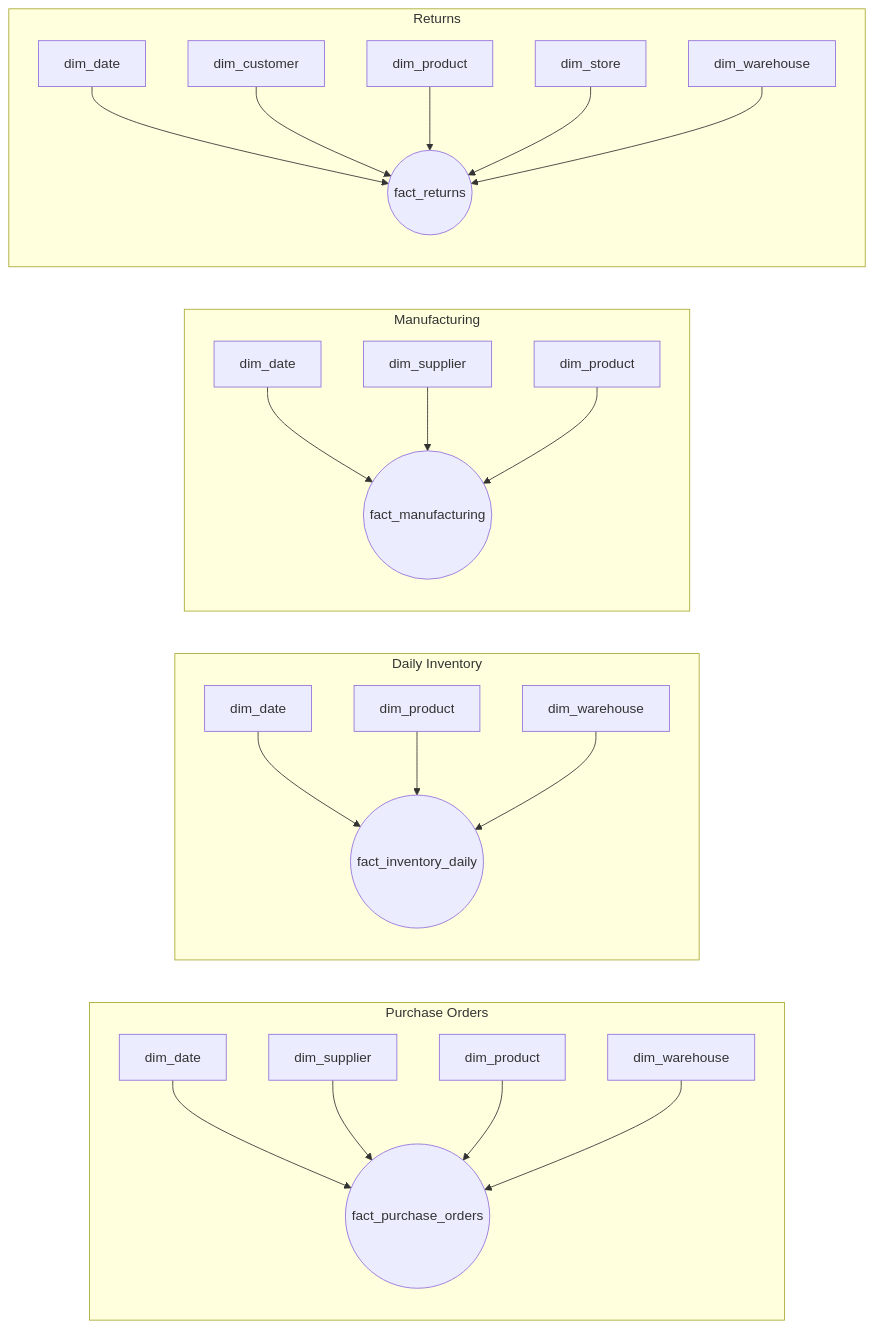
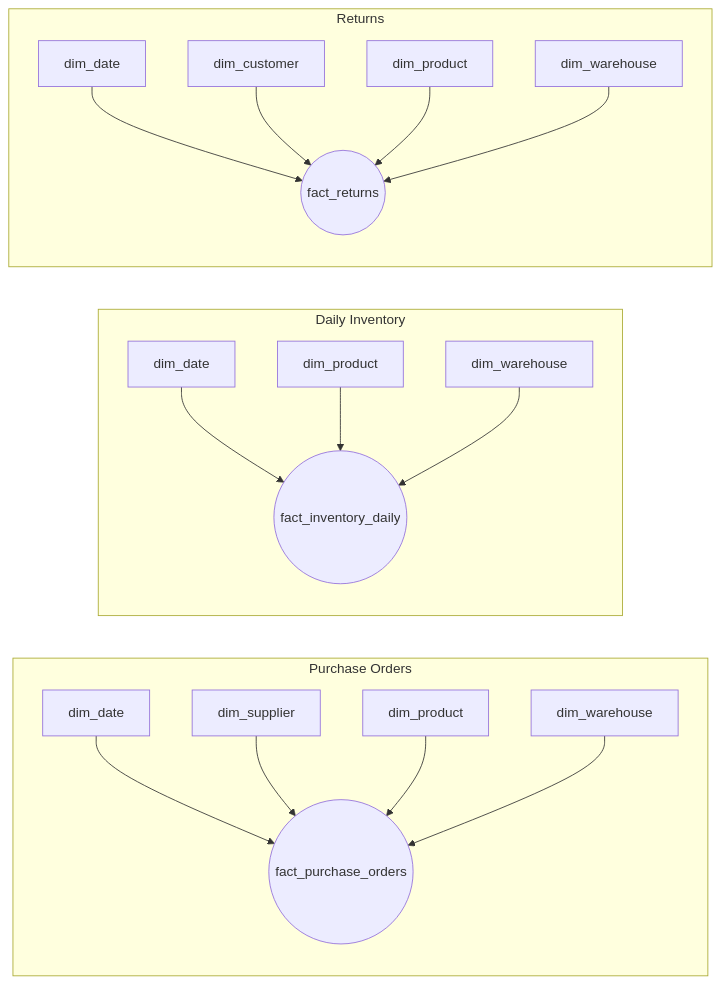
The third of 4 diagrams in vespera-analytics-platform/docs/02_architecture/04_physical_erd.md (jovync/analytics-portfolio), drawn with Mermaid before and after one commit. The commit also changed other lines of this file and 3 other files, not shown here.

First line of the commit message:
docs: reconcile dim_store/dim_warehouse divergence with generated data

````diff
--- a/vespera-analytics-platform/docs/02_architecture/04_physical_erd.md
+++ b/vespera-analytics-platform/docs/02_architecture/04_physical_erd.md
@@ -113,29 +114,22 @@
 ```mermaid
 flowchart LR
     subgraph PO[Purchase Orders]
         Date1[dim_date] --> PO_Fact((fact_purchase_orders))
         Supplier1[dim_supplier] --> PO_Fact
         Product1[dim_product] --> PO_Fact
         Warehouse1[dim_warehouse] --> PO_Fact
     end
 
     subgraph INV[Daily Inventory]
         Date2[dim_date] --> Inv_Fact((fact_inventory_daily))
         Product2[dim_product] --> Inv_Fact
         Warehouse2[dim_warehouse] --> Inv_Fact
     end
 
-    subgraph MFG[Manufacturing]
-        Date3[dim_date] --> Mfg_Fact((fact_manufacturing))
-        Supplier2[dim_supplier] --> Mfg_Fact
-        Product3[dim_product] --> Mfg_Fact
-    end
-
     subgraph RET[Returns]
         Date4[dim_date] --> Ret_Fact((fact_returns))
         Customer2[dim_customer] --> Ret_Fact
         Product4[dim_product] --> Ret_Fact
-        Store2[dim_store] --> Ret_Fact
         Warehouse3[dim_warehouse] --> Ret_Fact
     end
 ```
````
